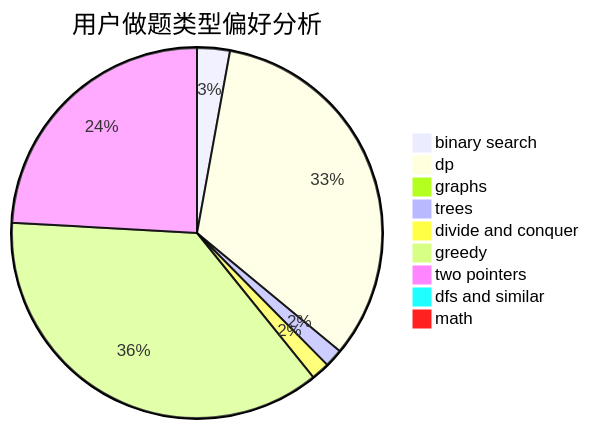
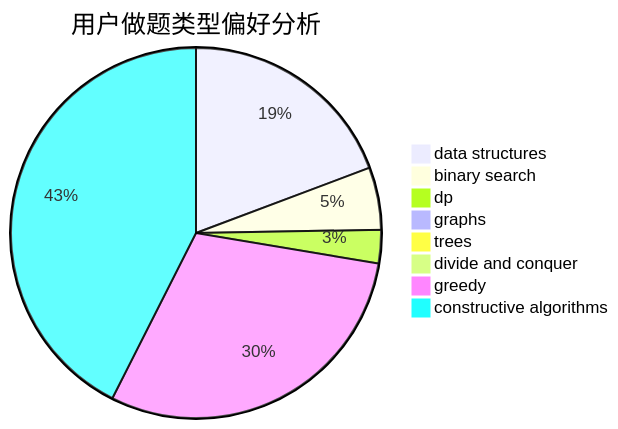
Before and after one commit to sherpahu/cfrs.github.io: the second of 3 diagrams in docs/user/u2484.md, drawn with Mermaid. The commit also changed other lines of this file and 2775 other files, not shown here.

````diff
--- a/docs/user/u2484.md
+++ b/docs/user/u2484.md
@@ -23,12 +23,11 @@
 ```mermaid
 pie title 用户做题类型偏好分析
-    "binary search" :  25
-    "dp" :  290
-    "graphs" :  5
-    "trees" :  14
-    "divide and conquer" :  14
-    "greedy" :  321
-    "two pointers" :  211
-    "dfs and similar" :  3
-    "math" :  3
+    "data structures" :  53
+    "binary search" :  15
+    "dp" :  8
+    "graphs" :  0
+    "trees" :  0
+    "divide and conquer" :  0
+    "greedy" :  82
+    "constructive algorithms" :  117
 ```
````
